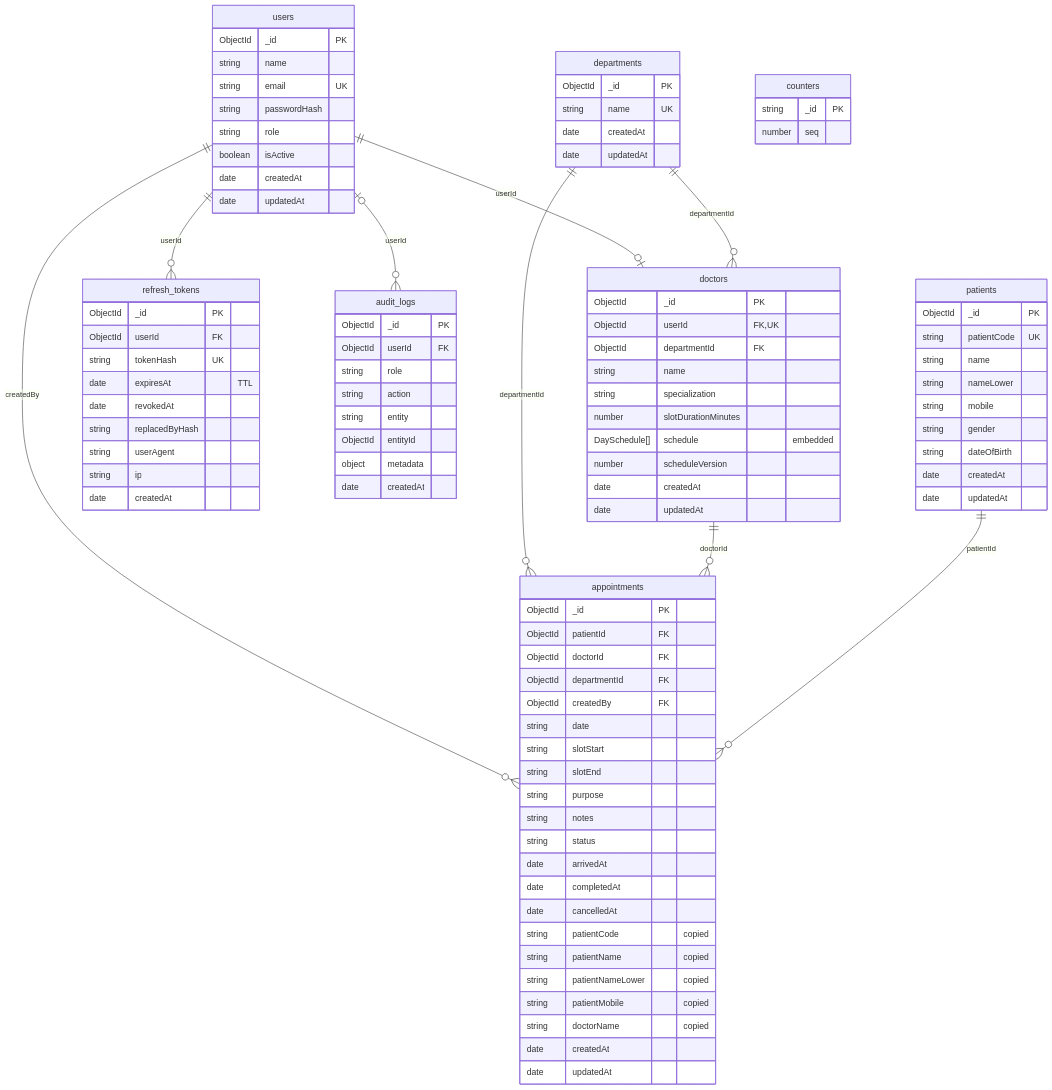
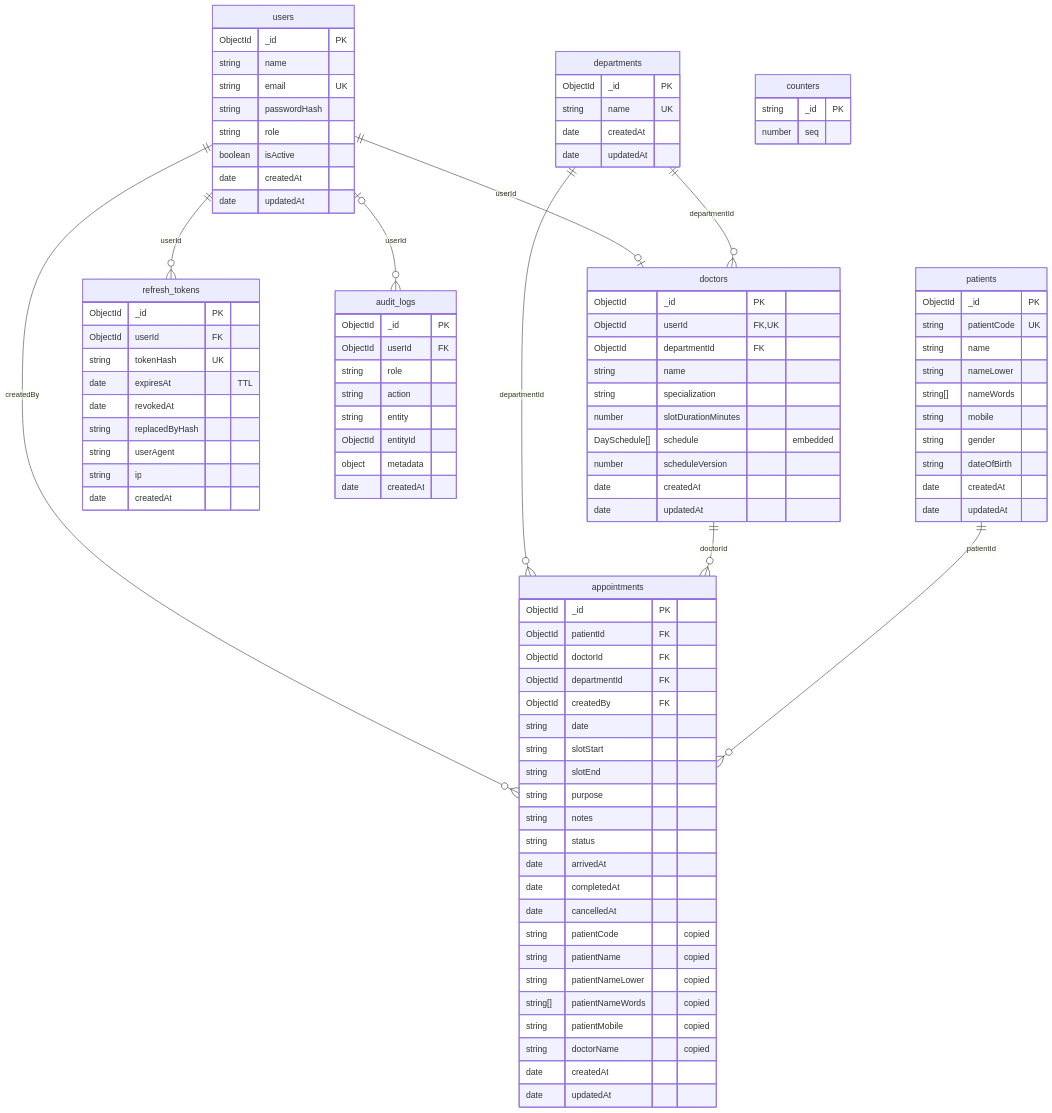
The first of 6 diagrams in docs/DATABASE_DESIGN.md (JaySPatel2962/emr-appointment-management), drawn with Mermaid before and after one commit. The commit also changed other lines of this file and 18 other files, not shown here.

```diff
--- a/docs/DATABASE_DESIGN.md
+++ b/docs/DATABASE_DESIGN.md
@@ -94,6 +94,7 @@
         string patientCode UK
         string name
         string nameLower
+        string[] nameWords
         string mobile
         string gender
         string dateOfBirth
@@ -118,6 +119,7 @@
         string patientCode "copied"
         string patientName "copied"
         string patientNameLower "copied"
+        string[] patientNameWords "copied"
         string patientMobile "copied"
         string doctorName "copied"
         date createdAt
```
